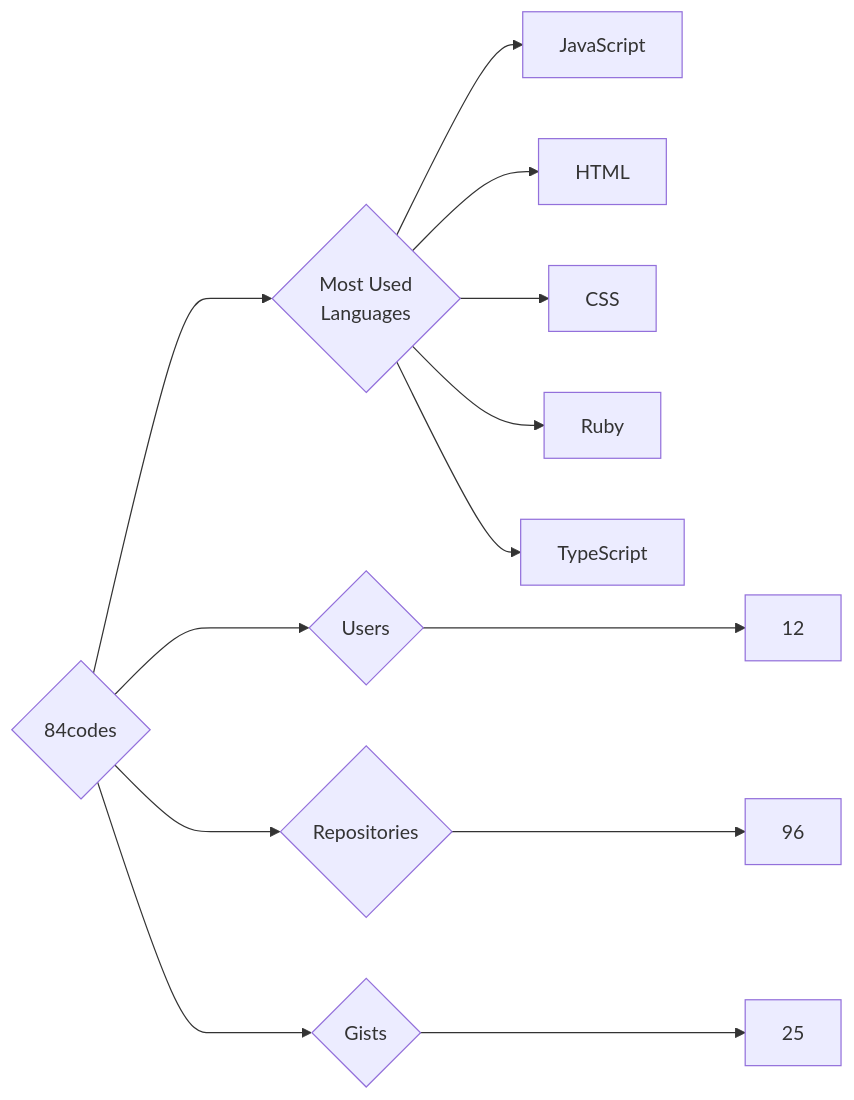
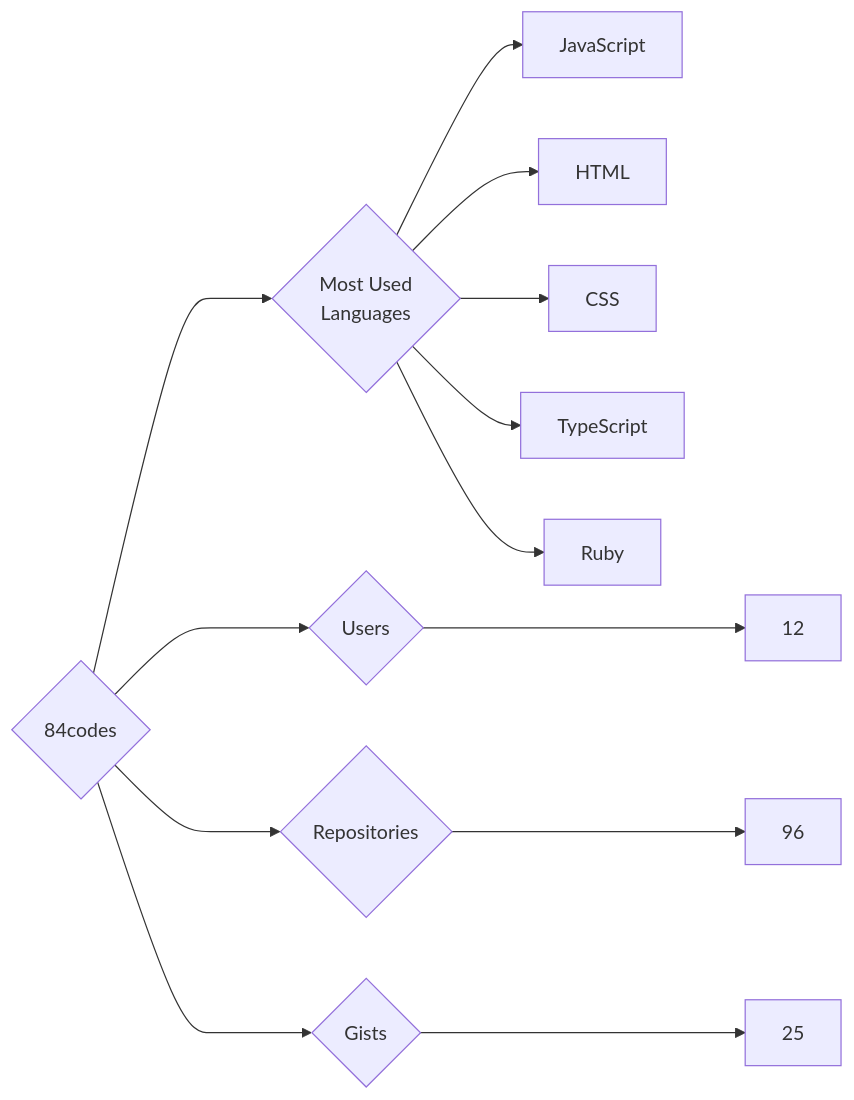
Before and after one commit to trickest/insiders: the diagram in targets/84codes/README.md, drawn with Mermaid. The commit also changed other lines of this file and 1084 other files, not shown here.

````diff
--- a/targets/84codes/README.md
+++ b/targets/84codes/README.md
@@ -3,13 +3,13 @@
 ```mermaid
 graph LR
 COMPANY_NAME{84codes}
 COMPANY_NAME ---> U{Users} ---> UN[12]
 COMPANY_NAME ---> R{Repositories} ---> RN[96]
 COMPANY_NAME ---> G{Gists} ---> GN[25]
 COMPANY_NAME ---> ML{Most Used<br>Languages}
 ML --> JavaScript[JavaScript]
 ML --> HTML[HTML]
 ML --> CSS[CSS]
+ML --> TypeScript[TypeScript]
 ML --> Ruby[Ruby]
-ML --> TypeScript[TypeScript]
 ```
````
